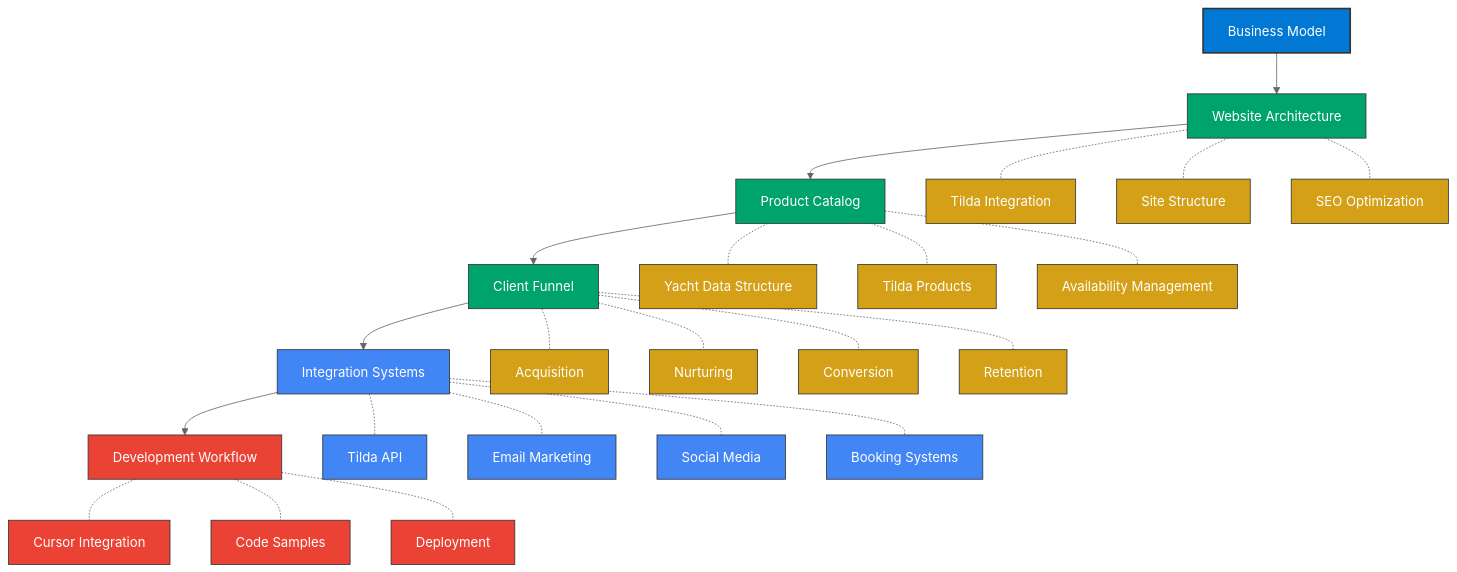
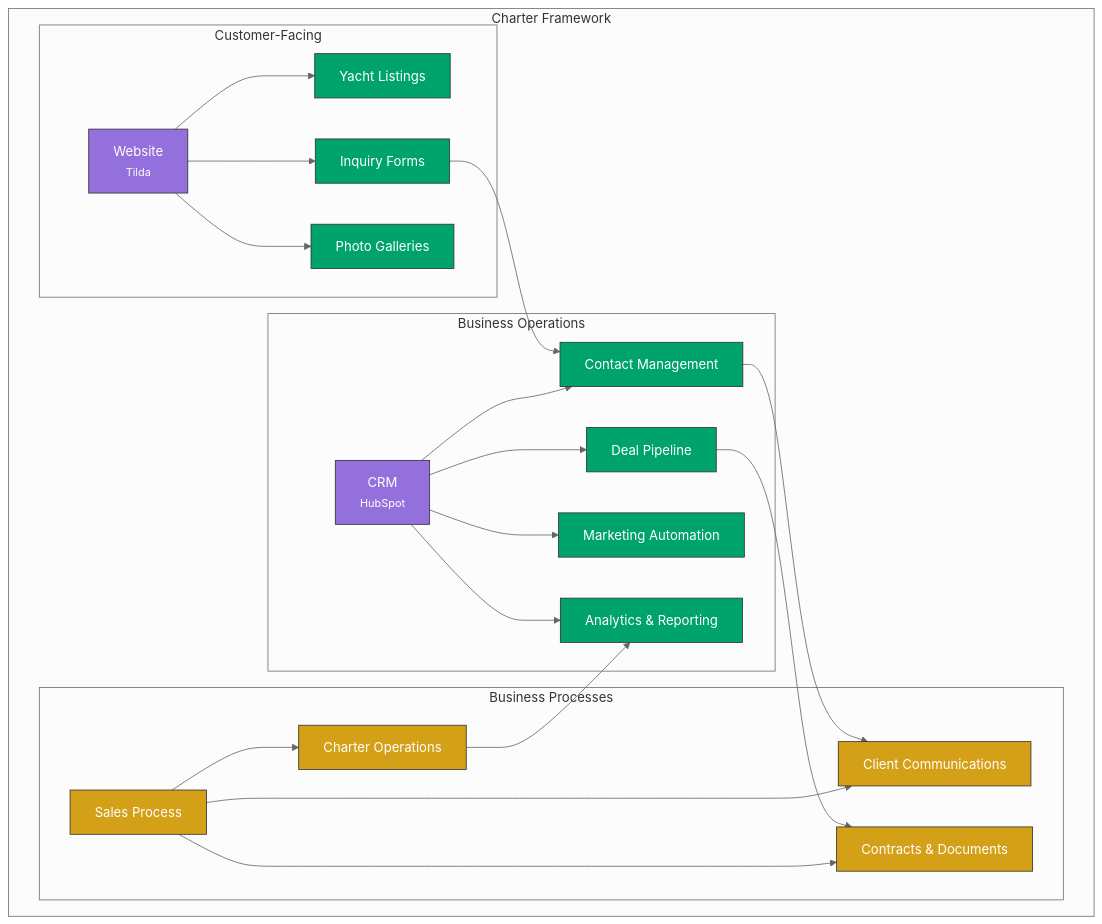
Before and after one commit to szemkoff/azurecharters: the first of 7 diagrams in docs/framework-overview.md, drawn with Mermaid. The commit also changed other lines of this file and 5 other files, not shown here.

````diff
--- a/docs/framework-overview.md
+++ b/docs/framework-overview.md
@@ -14,53 +15,55 @@
 ```mermaid
-%%{init: {'securityLevel': 'loose', 'theme': 'neutral'}}%%
-graph TD
-    A[Business Model]
+%%{init: {'theme': 'neutral'}}%%
+flowchart TB
+    subgraph "Charter Framework"
     
-    %% Force vertical layout with direct parent-child structure
-    A --> B[Website Architecture]
-    B --> C[Product Catalog]
-    C --> D[Client Funnel]
-    D --> O[Integration Systems]
-    O --> T[Development Workflow]
+        subgraph "Customer-Facing"
+            Website["Website<br/><small>Tilda</small>"]
+            YachtListings["Yacht Listings"]
+            InquiryForms["Inquiry Forms"]
+            Galleries["Photo Galleries"]
+            
+            Website --> YachtListings
+            Website --> InquiryForms
+            Website --> Galleries
+        end
+        
+        subgraph "Business Operations"
+            CRM["CRM<br/><small>HubSpot</small>"]
+            Contacts["Contact Management"]
+            Deals["Deal Pipeline"]
+            Automation["Marketing Automation"]
+            Analytics["Analytics & Reporting"]
+            
+            CRM --> Contacts
+            CRM --> Deals
+            CRM --> Automation
+            CRM --> Analytics
+        end
+        
+        subgraph "Business Processes"
+            SalesProcess["Sales Process"]
+            CharterOps["Charter Operations"]
+            Communications["Client Communications"]
+            Contracts["Contracts & Documents"]
+            
+            SalesProcess --> CharterOps
+            SalesProcess --> Communications
+            SalesProcess --> Contracts
+        end
+        
+        InquiryForms --> Contacts
+        Contacts --> Communications
+        Deals --> Contracts
+        CharterOps --> Analytics
+    end
     
-    %% Website Architecture features - use dashed lines for side connections
-    B -.- E[Tilda Integration]
-    B -.- F[Site Structure]
-    B -.- G[SEO Optimization]
+    classDef primary fill:#007FFF,color:#ffffff,stroke:#333,stroke-width:1px;
+    classDef secondary fill:#00A36C,color:#ffffff,stroke:#333,stroke-width:1px;
+    classDef tertiary fill:#D4A017,color:#ffffff,stroke:#333,stroke-width:1px;
+    classDef platform fill:#9370DB,color:#ffffff,stroke:#333,stroke-width:1px;
     
-    %% Product Catalog features
-    C -.- H[Yacht Data Structure]
-    C -.- I[Tilda Products]
-    C -.- J[Availability Management]
-    
-    %% Client Funnel features
-    D -.- K[Acquisition]
-    D -.- L[Nurturing]
-    D -.- M[Conversion]
-    D -.- N[Retention]
-    
-    %% Integration Systems features
-    O -.- P[Tilda API]
-    O -.- Q[Email Marketing]
-    O -.- R[Social Media]
-    O -.- S[Booking Systems]
-    
-    %% Development Workflow features
-    T -.- U[Cursor Integration]
-    T -.- V[Code Samples]
-    T -.- W[Deployment]
-    
-    %% Styling
-    classDef primaryNode fill:#0078D4,color:#ffffff,stroke:#333,stroke-width:2px;
-    classDef secondaryNode fill:#00A36C,color:#ffffff,stroke:#333,stroke-width:1px;
-    classDef featureNode fill:#D4A017,color:#ffffff,stroke:#333,stroke-width:1px;
-    classDef systemNode fill:#4285F4,color:#ffffff,stroke:#333,stroke-width:1px;
-    classDef workflowNode fill:#EA4335,color:#ffffff,stroke:#333,stroke-width:1px;
-    
-    %% Apply styles
-    class A primaryNode;
-    class B,C,D secondaryNode;
-    class E,F,G,H,I,J,K,L,M,N featureNode;
-    class O,P,Q,R,S systemNode;
-    class T,U,V,W workflowNode;
+    class Website,CRM platform;
+    class YachtListings,InquiryForms,Galleries,Contacts,Deals,Automation,Analytics secondary;
+    class SalesProcess,CharterOps,Communications,Contracts tertiary;
 ```
````
